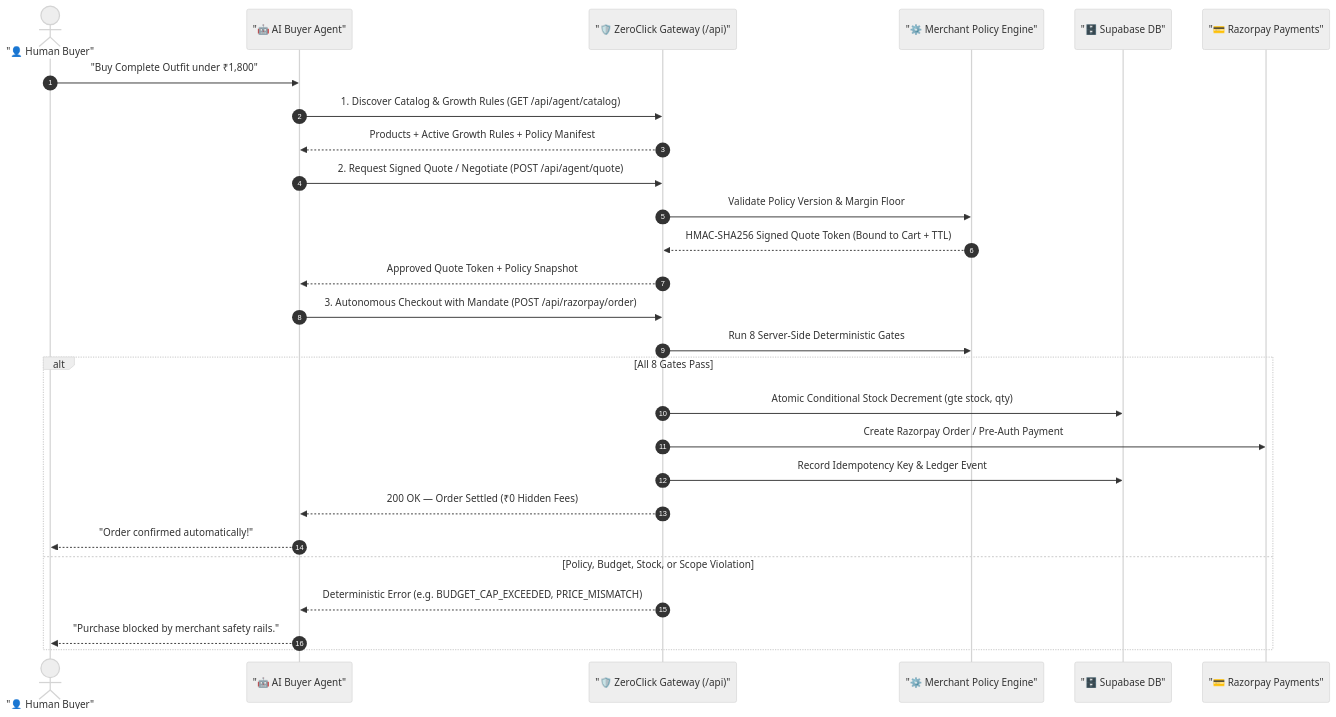
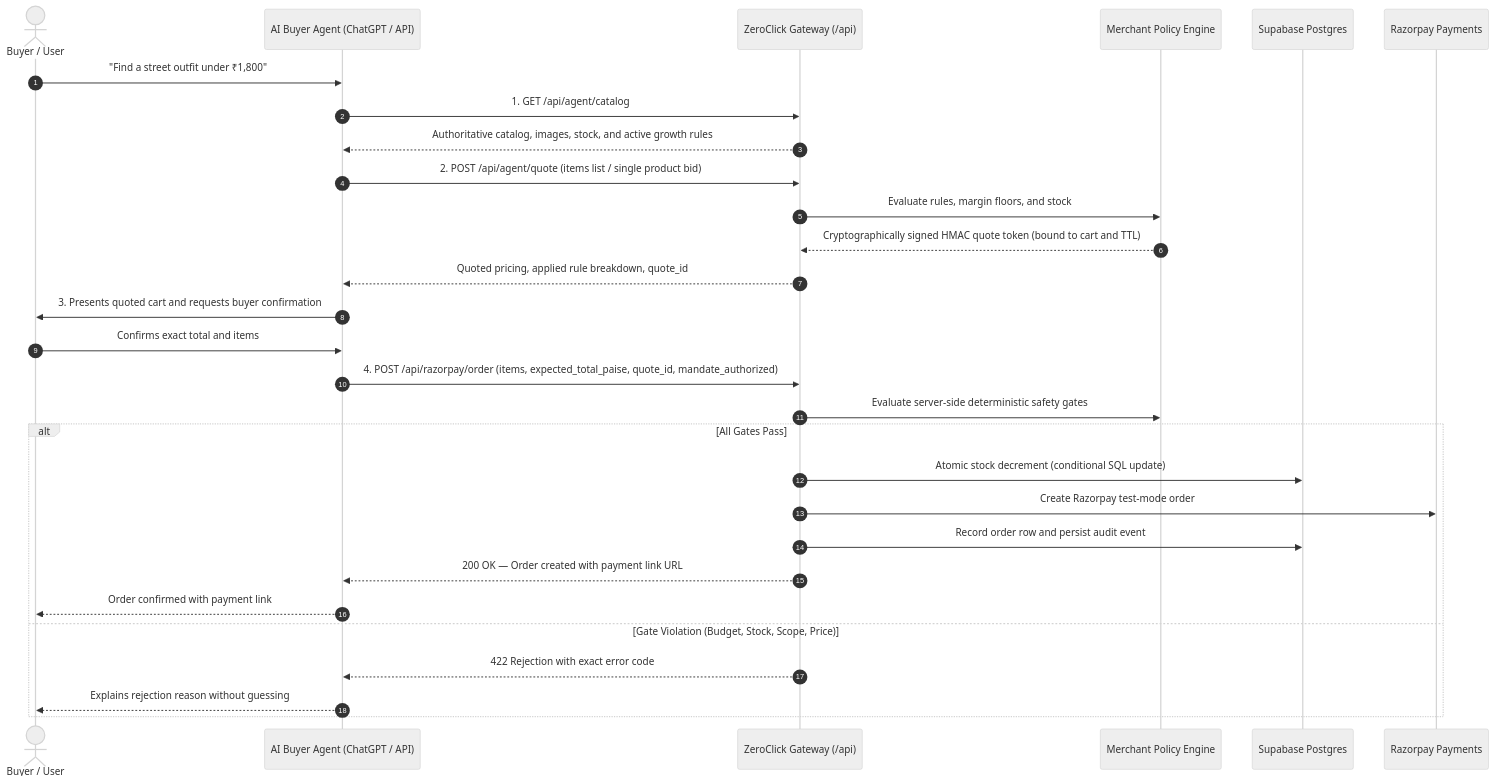
Before and after one commit to AadiVS01/razorpay-pod: the diagram in README.md, drawn with Mermaid (neutral theme). The commit also changed other lines of this file, not shown here.

Commit message:
docs: rewrite README with factual, evidence-based claims and accurate safety boundaries

````diff
--- a/README.md
+++ b/README.md
@@ -16,30 +24,32 @@
 ```mermaid
 sequenceDiagram
     autonumber
-    actor Customer as "👤 Human Buyer"
-    participant Buyer as "🤖 AI Buyer Agent"
-    participant Gateway as "🛡️ ZeroClick Gateway (/api)"
-    participant Engine as "⚙️ Merchant Policy Engine"
-    participant DB as "🗄️ Supabase DB"
-    participant RZP as "💳 Razorpay Payments"
+    actor Buyer as Buyer / User
+    participant Agent as AI Buyer Agent (ChatGPT / API)
+    participant Gateway as ZeroClick Gateway (/api)
+    participant Engine as Merchant Policy Engine
+    participant DB as Supabase Postgres
+    participant RZP as Razorpay Payments
 
-    Customer->>Buyer: "Buy Complete Outfit under ₹1,800"
-    Buyer->>Gateway: 1. Discover Catalog & Growth Rules (GET /api/agent/catalog)
-    Gateway-->>Buyer: Products + Active Growth Rules + Policy Manifest
-    Buyer->>Gateway: 2. Request Signed Quote / Negotiate (POST /api/agent/quote)
-    Gateway->>Engine: Validate Policy Version & Margin Floor
-    Engine-->>Gateway: HMAC-SHA256 Signed Quote Token (Bound to Cart + TTL)
-    Gateway-->>Buyer: Approved Quote Token + Policy Snapshot
-    Buyer->>Gateway: 3. Autonomous Checkout with Mandate (POST /api/razorpay/order)
-    Gateway->>Engine: Run 8 Server-Side Deterministic Gates
-    alt All 8 Gates Pass
-        Gateway->>DB: Atomic Conditional Stock Decrement (gte stock, qty)
-        Gateway->>RZP: Create Razorpay Order / Pre-Auth Payment
-        Gateway->>DB: Record Idempotency Key & Ledger Event
-        Gateway-->>Buyer: 200 OK — Order Settled (₹0 Hidden Fees)
-        Buyer-->>Customer: "Order confirmed automatically!"
-    else Policy, Budget, Stock, or Scope Violation
-        Gateway-->>Buyer: Deterministic Error (e.g. BUDGET_CAP_EXCEEDED, PRICE_MISMATCH)
-        Buyer-->>Customer: "Purchase blocked by merchant safety rails."
+    Buyer->>Agent: "Find a street outfit under ₹1,800"
+    Agent->>Gateway: 1. GET /api/agent/catalog
+    Gateway-->>Agent: Authoritative catalog, images, stock, and active growth rules
+    Agent->>Gateway: 2. POST /api/agent/quote (items list / single product bid)
+    Gateway->>Engine: Evaluate rules, margin floors, and stock
+    Engine-->>Gateway: Cryptographically signed HMAC quote token (bound to cart and TTL)
+    Gateway-->>Agent: Quoted pricing, applied rule breakdown, quote_id
+    Agent->>Buyer: 3. Presents quoted cart and requests buyer confirmation
+    Buyer->>Agent: Confirms exact total and items
+    Agent->>Gateway: 4. POST /api/razorpay/order (items, expected_total_paise, quote_id, mandate_authorized)
+    Gateway->>Engine: Evaluate server-side deterministic safety gates
+    alt All Gates Pass
+        Gateway->>DB: Atomic stock decrement (conditional SQL update)
+        Gateway->>RZP: Create Razorpay test-mode order
+        Gateway->>DB: Record order row and persist audit event
+        Gateway-->>Agent: 200 OK — Order created with payment link URL
+        Agent-->>Buyer: Order confirmed with payment link
+    else Gate Violation (Budget, Stock, Scope, Price)
+        Gateway-->>Agent: 422 Rejection with exact error code
+        Agent-->>Buyer: Explains rejection reason without guessing
     end
 ```
````
